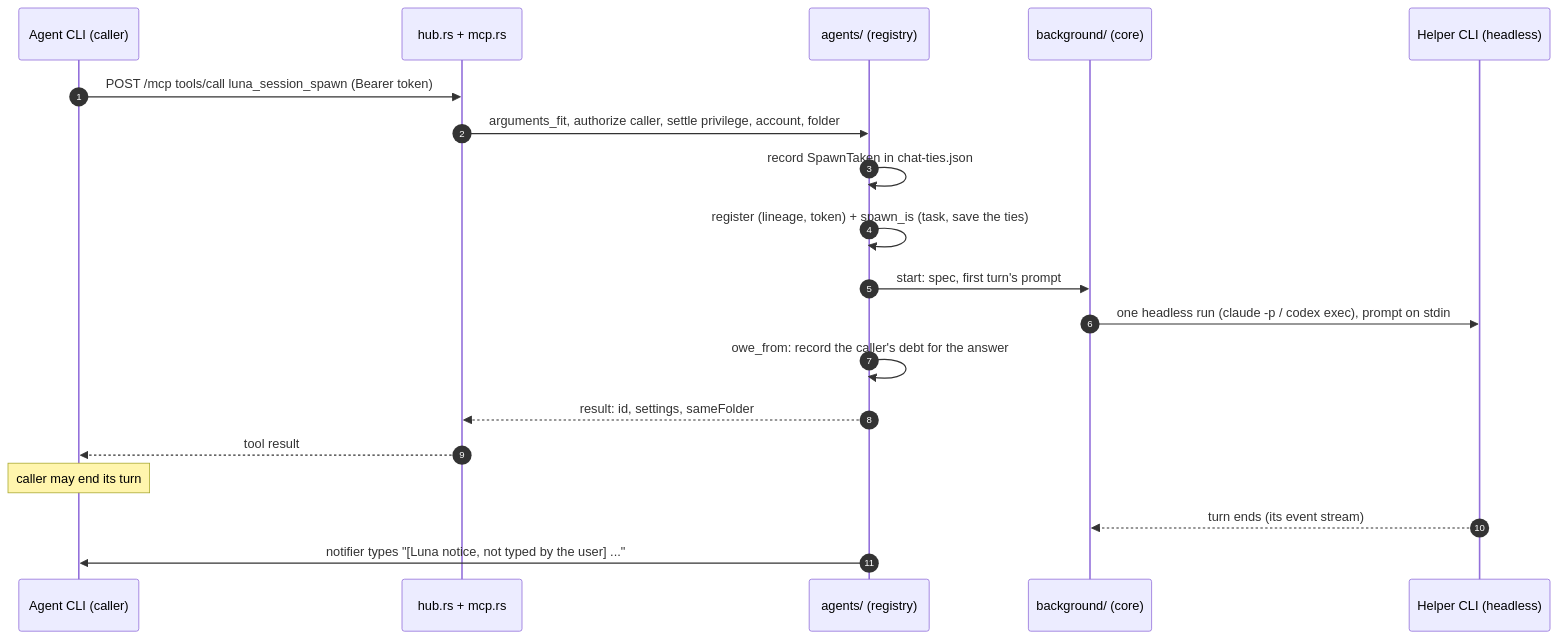
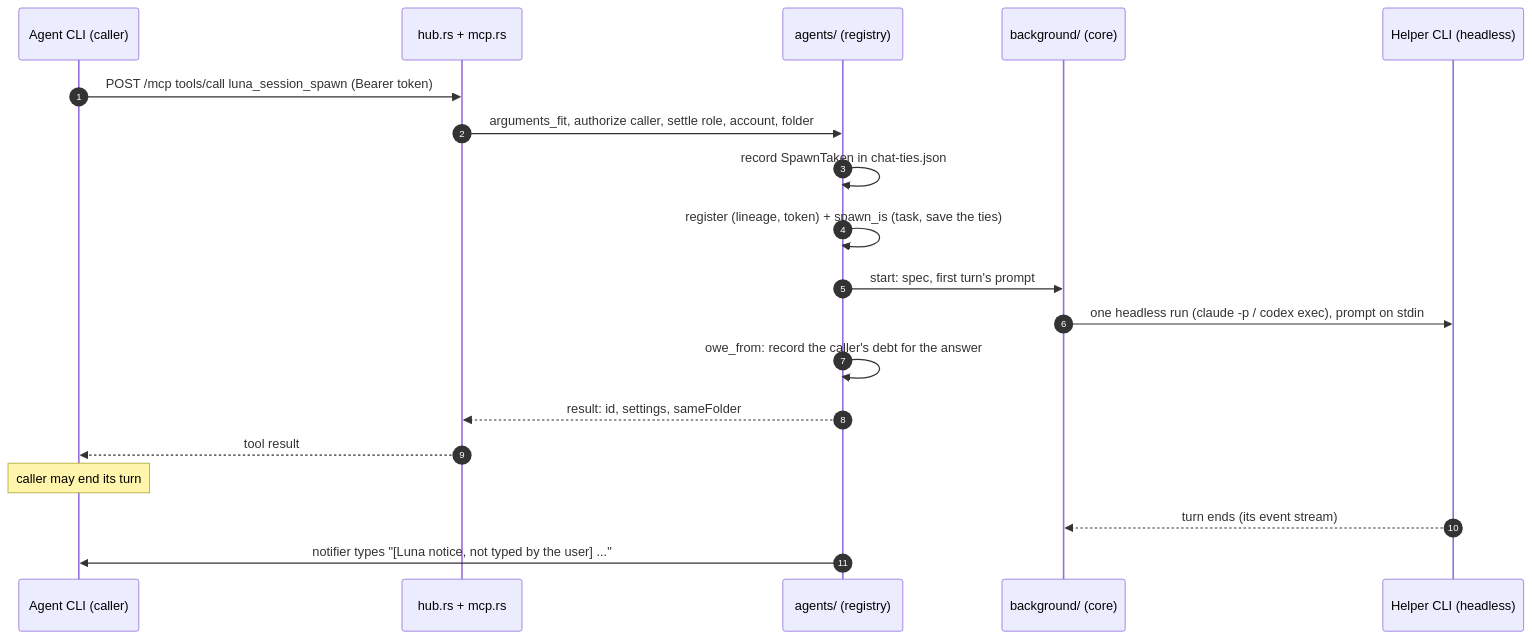
One commit to nrubinmosin/luna changed the second of 3 diagrams in docs/architecture/overview.md. Above: the diagram before and after it, drawn with Mermaid. The commit also changed 56 other files, not shown here.

````diff
--- a/docs/architecture/overview.md
+++ b/docs/architecture/overview.md
@@ -117,22 +117,22 @@
 ```mermaid
 sequenceDiagram
   autonumber
   participant A as Agent CLI (caller)
   participant H as hub.rs + mcp.rs
   participant R as agents/ (registry)
   participant B as background/ (core)
   participant S as Helper CLI (headless)
 
   A->>H: POST /mcp tools/call luna_session_spawn (Bearer token)
-  H->>R: arguments_fit, authorize caller, settle privilege, account, folder
+  H->>R: arguments_fit, authorize caller, settle role, account, folder
   R->>R: record SpawnTaken in chat-ties.json
   R->>R: register (lineage, token) + spawn_is (task, save the ties)
   R->>B: start: spec, first turn's prompt
   B->>S: one headless run (claude -p / codex exec), prompt on stdin
   R->>R: owe_from: record the caller's debt for the answer
   R-->>H: result: id, settings, sameFolder
   H-->>A: tool result
   Note over A: caller may end its turn
   S-->>B: turn ends (its event stream)
   R->>A: notifier types "[Luna notice, not typed by the user] ..."
 ```
````
